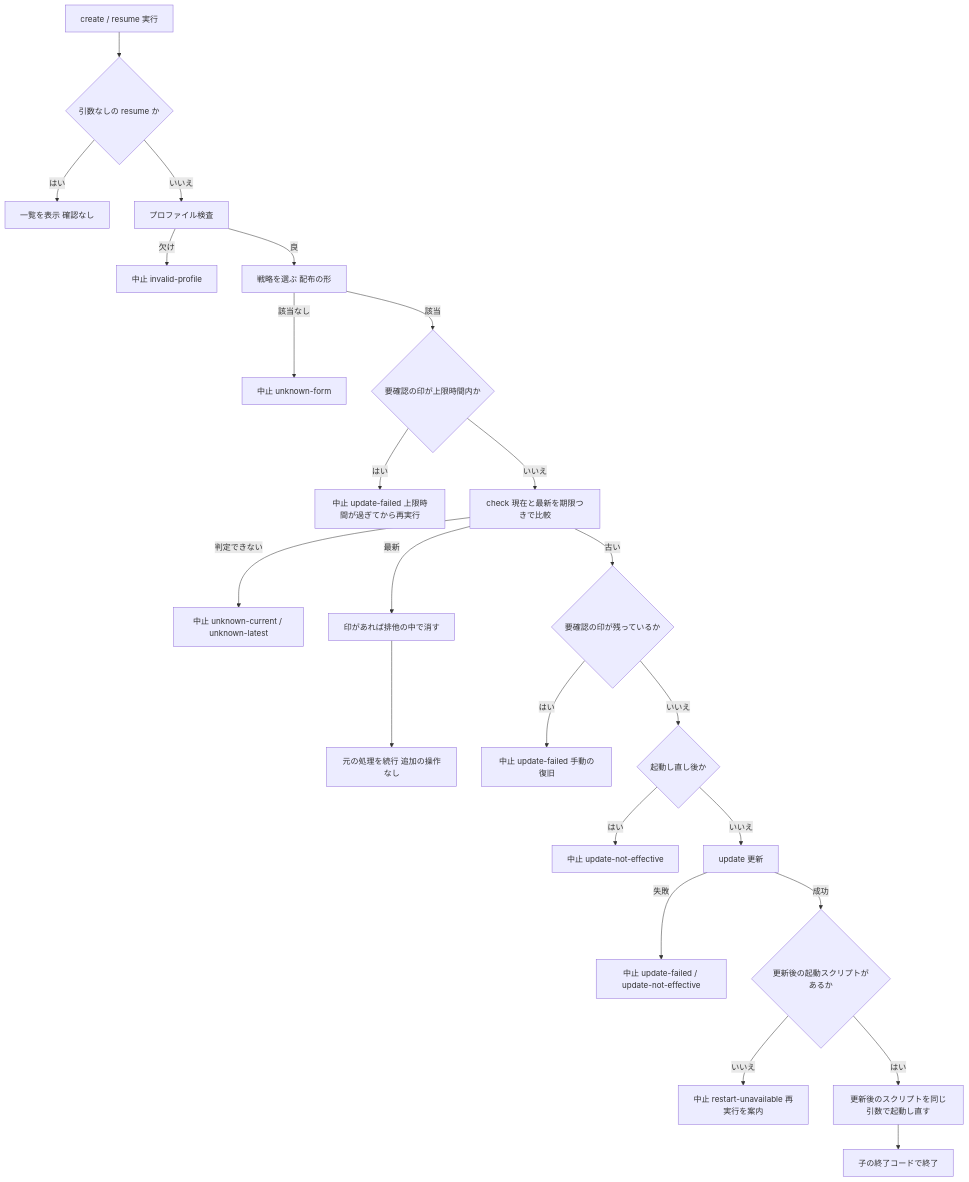
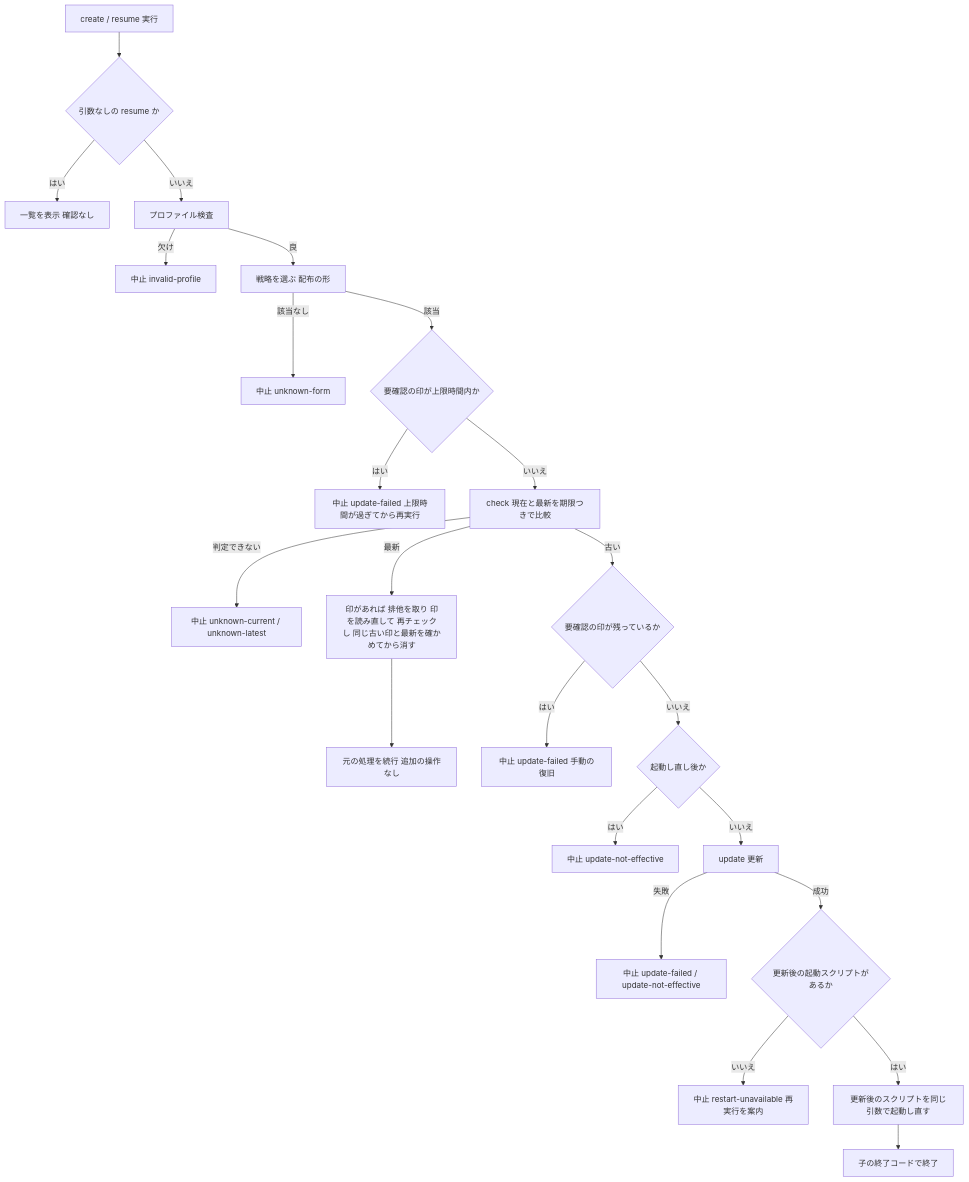
Before and after one commit to nekono-dev/branch-release-workflow: the second of 2 diagrams in .kiro/specs/brw-fresh-start/design.md, drawn with Mermaid. The commit also changed other lines of this file and 1 other file, not shown here.

````diff
--- a/.kiro/specs/brw-fresh-start/design.md
+++ b/.kiro/specs/brw-fresh-start/design.md
@@ -103,25 +103,25 @@
 ```mermaid
 flowchart TD
   A[create / resume 実行] --> B{引数なしの resume か}
   B -- はい --> L[一覧を表示 確認なし]
   B -- いいえ --> C[プロファイル検査]
   C -- 欠け --> X1[中止 invalid-profile]
   C -- 良 --> D[戦略を選ぶ 配布の形]
   D -- 該当なし --> X2[中止 unknown-form]
   D -- 該当 --> M{要確認の印が上限時間内か}
   M -- はい --> X7[中止 update-failed 上限時間が過ぎてから再実行]
   M -- いいえ --> E[check 現在と最新を期限つきで比較]
   E -- 判定できない --> X3[中止 unknown-current / unknown-latest]
-  E -- 最新 --> MC[印があれば排他の中で消す]
+  E -- 最新 --> MC[印があれば 排他を取り 印を読み直して 再チェックし 同じ古い印と最新を確かめてから消す]
   MC --> F[元の処理を続行 追加の操作なし]
   E -- 古い --> MD{要確認の印が残っているか}
   MD -- はい --> X8[中止 update-failed 手動の復旧]
   MD -- いいえ --> G{起動し直し後か}
   G -- はい --> X4[中止 update-not-effective]
   G -- いいえ --> H[update 更新]
   H -- 失敗 --> X5[中止 update-failed / update-not-effective]
   H -- 成功 --> I{更新後の起動スクリプトがあるか}
   I -- いいえ --> X6[中止 restart-unavailable 再実行を案内]
   I -- はい --> J[更新後のスクリプトを同じ引数で起動し直す]
   J --> K[子の終了コードで終了]
 ```
````
